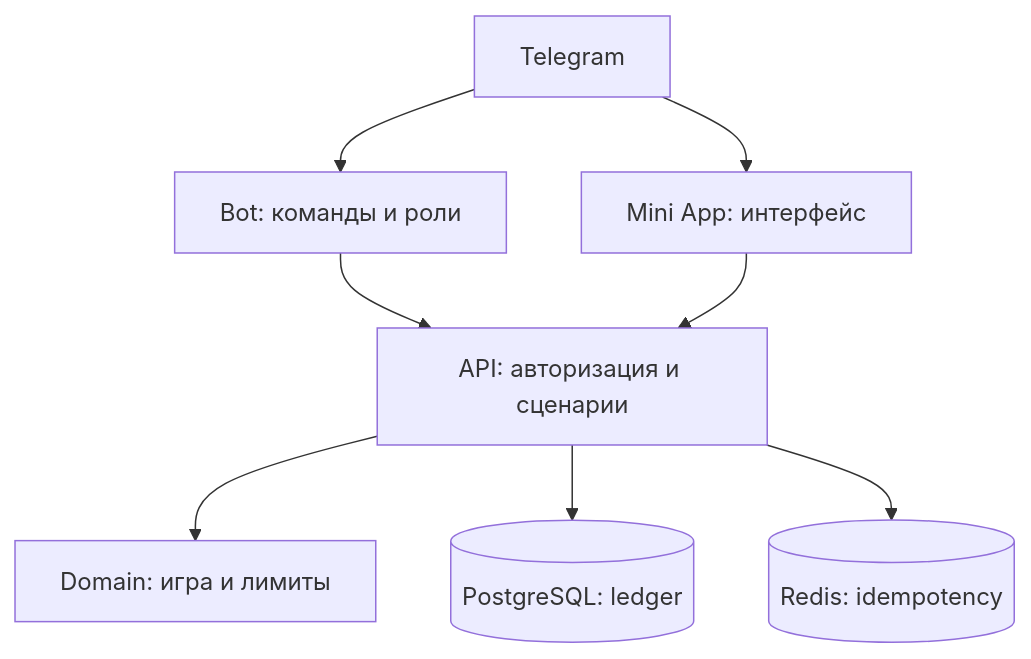
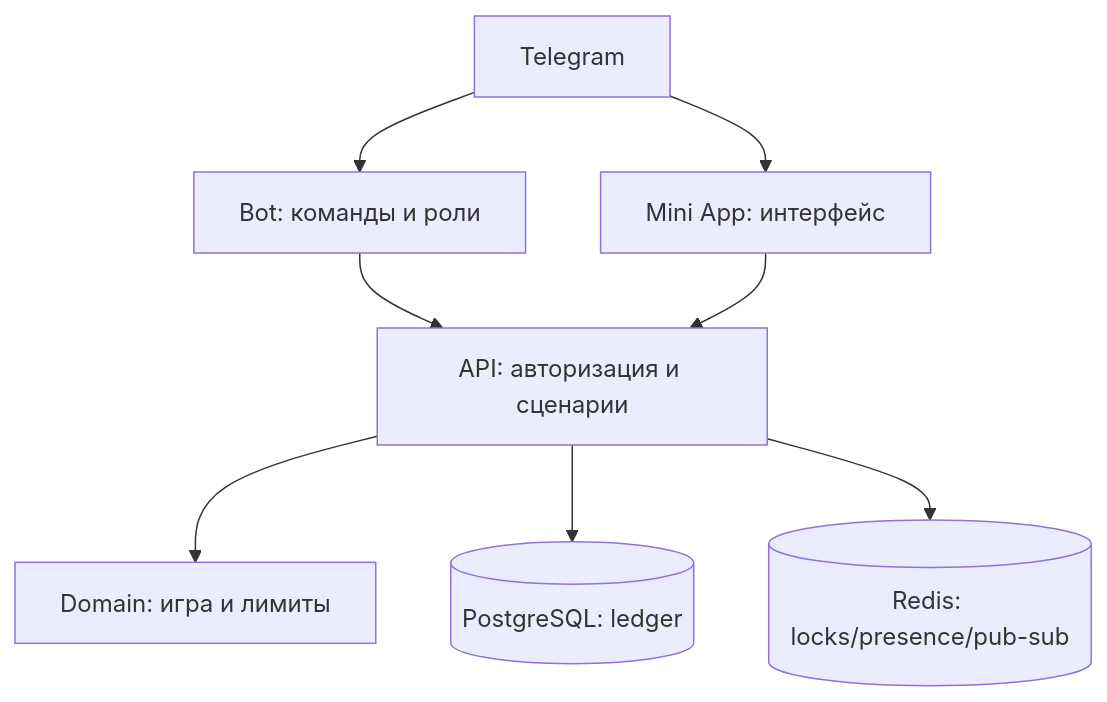
The diagram in docs/Technical-Architecture.md (Hainox/BURMALDOZA), drawn with Mermaid before and after one commit. The commit also changed other lines of this file and 122 other files, not shown here.

````diff
--- a/docs/Technical-Architecture.md
+++ b/docs/Technical-Architecture.md
@@ -39,10 +56,10 @@
 ```mermaid
 flowchart TD
   TG[Telegram] --> BOT[Bot: команды и роли]
   TG --> APP[Mini App: интерфейс]
   BOT --> API[API: авторизация и сценарии]
   APP --> API
   API --> GAME[Domain: игра и лимиты]
   API --> DB[(PostgreSQL: ledger)]
-  API --> REDIS[(Redis: idempotency)]
+  API --> REDIS[(Redis: locks/presence/pub-sub)]
 ```
````
